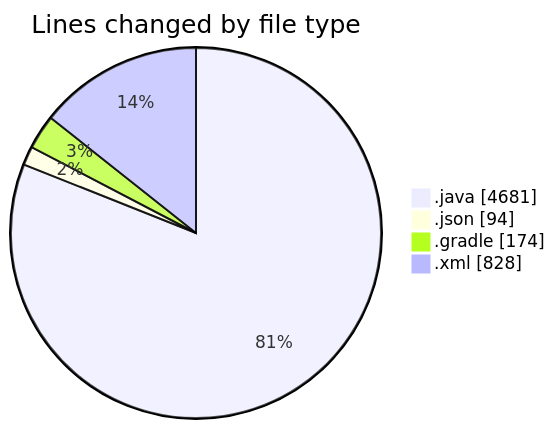
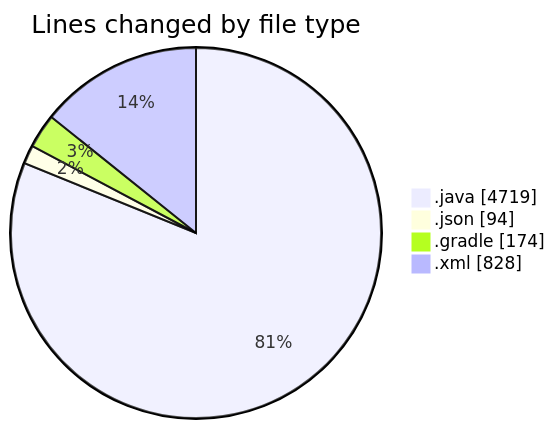
One commit to charlie-sans/code-tracking changed the first of 2 diagrams in 2025-02-22/micros/README.md. Above: the diagram before and after it, drawn with Mermaid. The commit also changed other lines of this file and 1 other file, not shown here.

````diff
--- a/2025-02-22/micros/README.md
+++ b/2025-02-22/micros/README.md
@@ -59,8 +60,8 @@
 ```mermaid
 pie showData
 title Lines changed by file type
-".java" : 4681
+".java" : 4719
 ".json" : 94
 ".gradle" : 174
 ".xml" : 828
 ```
````
